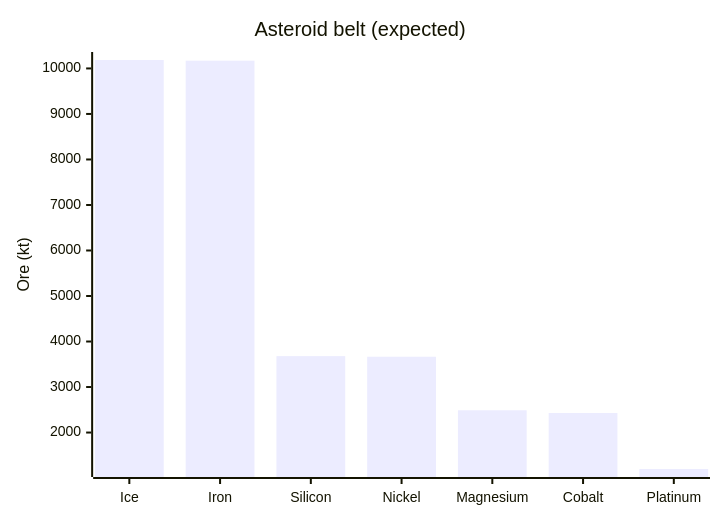
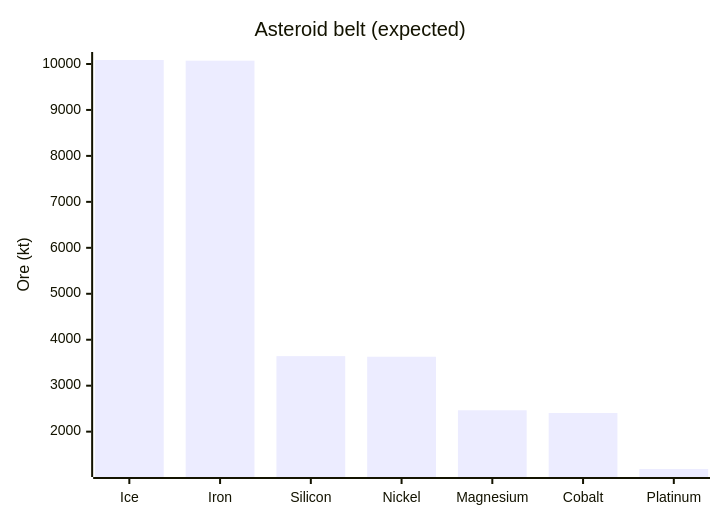
One commit to CometWorks/worlds changed the third of 4 diagrams in octahedron/ORES.md. Above: the diagram before and after it, drawn with Mermaid. The commit also changed other lines of this file and 2004 other files, not shown here.

````diff
--- a/octahedron/ORES.md
+++ b/octahedron/ORES.md
@@ -92,7 +92,7 @@
 ```mermaid
 xychart-beta
     title "Asteroid belt (expected)"
     x-axis ["Ice", "Iron", "Silicon", "Nickel", "Magnesium", "Cobalt", "Platinum"]
     y-axis "Ore (kt)"
-    bar [10185.4, 10170.7, 3678.7, 3665.4, 2488.8, 2429.9, 1199.0]
+    bar [10086.6, 10072.1, 3643.0, 3629.9, 2464.6, 2406.3, 1187.3]
 ```
````
